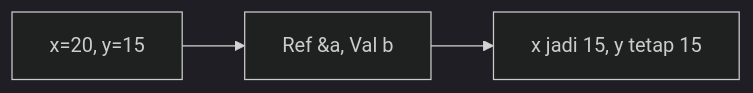
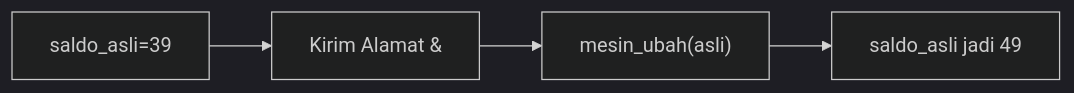
The sixth of 25 diagrams in part-c-pemahaman-cpp/04-fungsi/latihan/set-12.md (amnahwaida/OSNK_INF_PREP), drawn with Mermaid (dark theme) before and after one commit. The commit also changed other lines of this file and 71 other files, not shown here.

````diff
--- a/part-c-pemahaman-cpp/04-fungsi/latihan/set-12.md
+++ b/part-c-pemahaman-cpp/04-fungsi/latihan/set-12.md
@@ -154,5 +161,6 @@
 ```mermaid
 graph LR
-A["x=20, y=15"] --> B["Ref &a, Val b"]
-B --> C["x jadi 15, y tetap 15"]
+A["saldo_asli=39"] --> B["Kirim Alamat &"]
+B --> C["mesin_ubah(asli)"]
+C --> D["saldo_asli jadi 49"]
 ```
````
